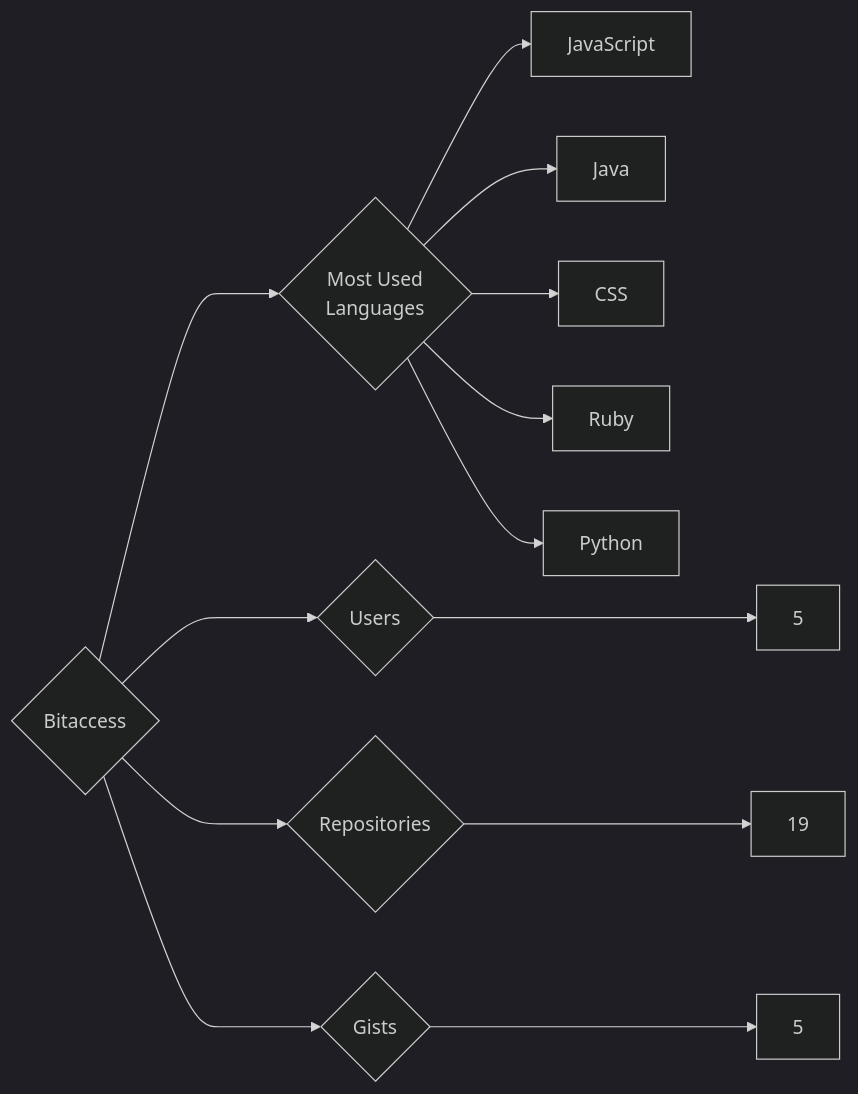
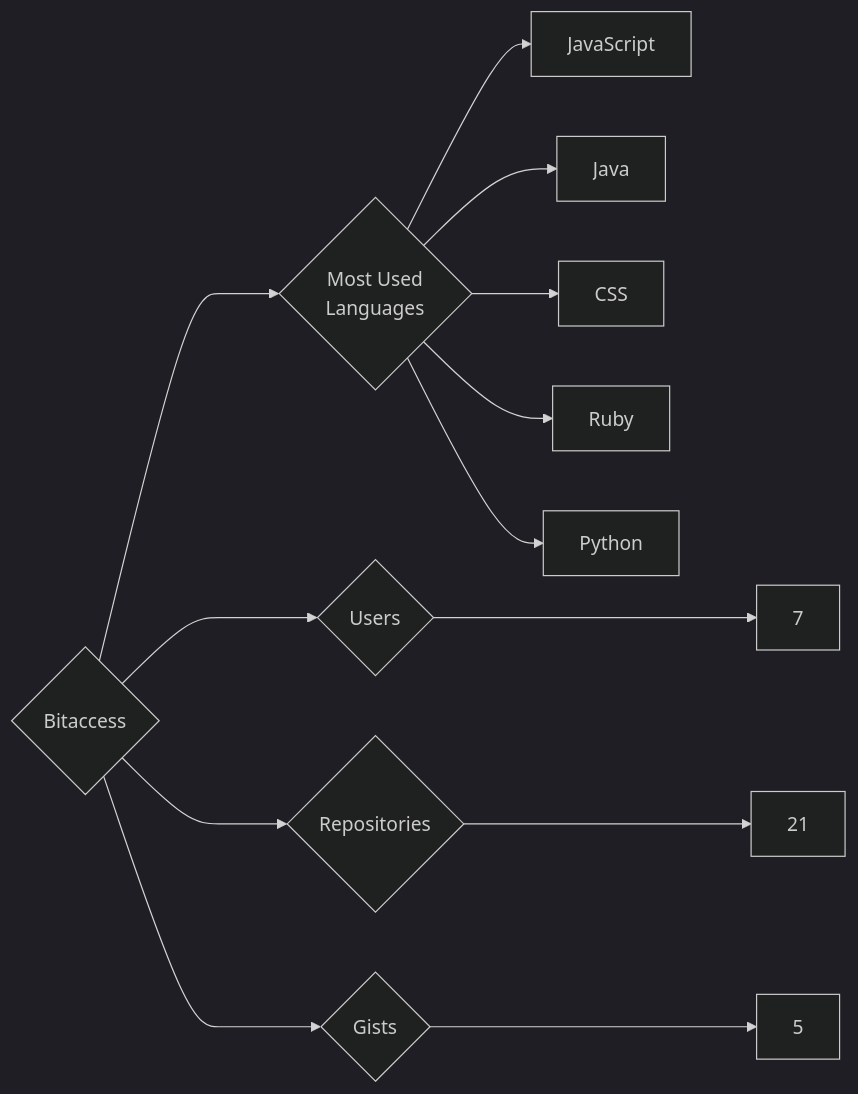
The diagram in targets/Bitaccess/README.md (trickest/insiders), drawn with Mermaid (dark theme) before and after one commit. The commit also changed 1167 other files, not shown here.

````diff
--- a/targets/Bitaccess/README.md
+++ b/targets/Bitaccess/README.md
@@ -3,13 +3,13 @@
 ```mermaid
 graph LR
 COMPANY_NAME{Bitaccess}
-COMPANY_NAME ---> U{Users} ---> UN[5]
-COMPANY_NAME ---> R{Repositories} ---> RN[19]
+COMPANY_NAME ---> U{Users} ---> UN[7]
+COMPANY_NAME ---> R{Repositories} ---> RN[21]
 COMPANY_NAME ---> G{Gists} ---> GN[5]
 COMPANY_NAME ---> ML{Most Used<br>Languages}
 ML --> JavaScript[JavaScript]
 ML --> Java[Java]
 ML --> CSS[CSS]
 ML --> Ruby[Ruby]
 ML --> Python[Python]
 ```
````
